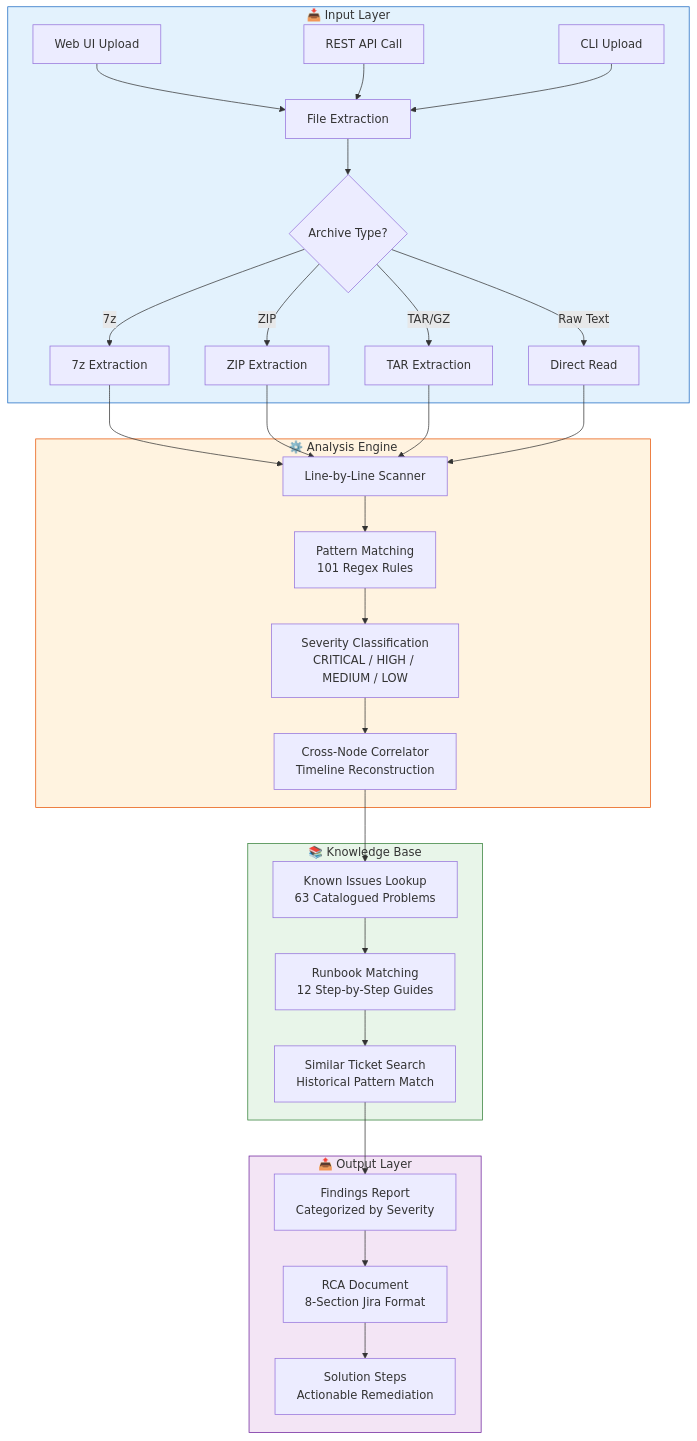
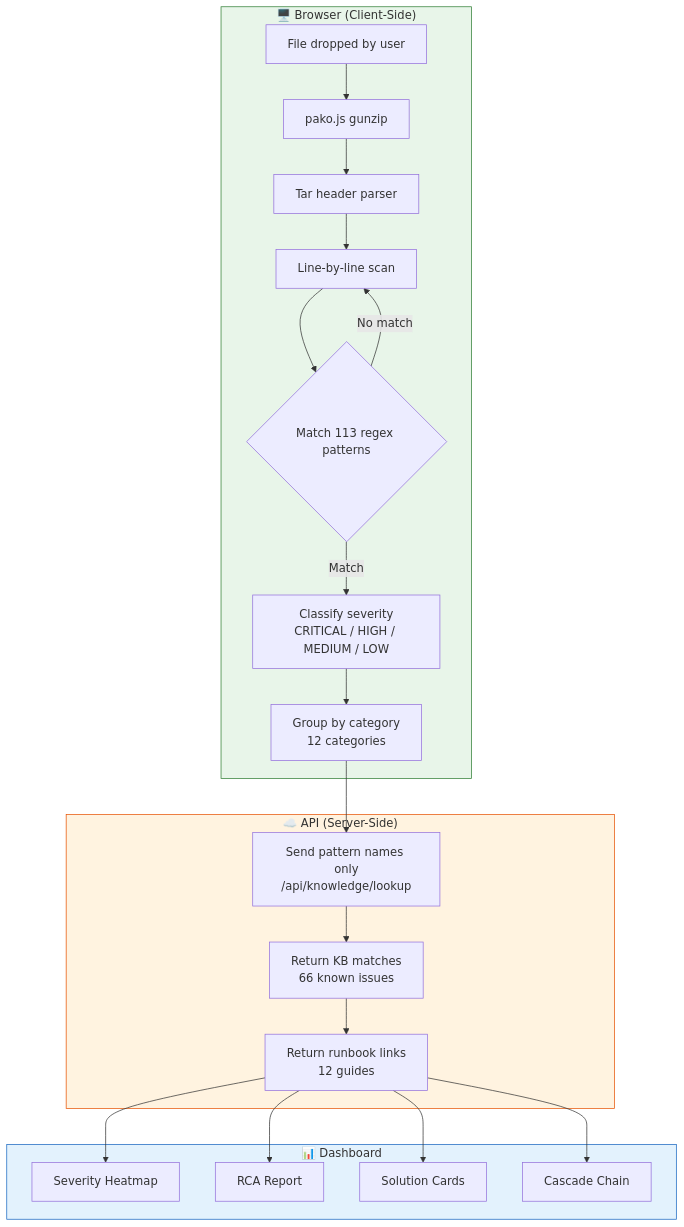
The second of 3 diagrams in README.md (yadakrishna245/Log_analysis), drawn with Mermaid before and after one commit. The commit also changed other lines of this file and 4 other files, not shown here.

Commit message:
Complete documentation rewrite: README with mermaid diagrams, docstrings added to all key source files

````diff
--- a/README.md
+++ b/README.md
@@ -72,37 +95,29 @@
 ```mermaid
 flowchart TD
-    subgraph INPUT["📥 Input Layer"]
-        A1[Web UI Upload] --> B1[File Extraction]
-        A2[REST API Call] --> B1
-        A3[CLI Upload] --> B1
-        B1 --> B2{Archive Type?}
-        B2 -->|7z| C1[7z Extraction]
-        B2 -->|ZIP| C2[ZIP Extraction]
-        B2 -->|TAR/GZ| C3[TAR Extraction]
-        B2 -->|Raw Text| C4[Direct Read]
+    subgraph BROWSER["🖥️ Browser (Client-Side)"]
+        A1[File dropped by user] --> A2[pako.js gunzip]
+        A2 --> A3[Tar header parser]
+        A3 --> A4[Line-by-line scan]
+        A4 --> A5{Match 113 regex patterns}
+        A5 -->|Match| A6[Classify severity<br/>CRITICAL / HIGH / MEDIUM / LOW]
+        A5 -->|No match| A4
+        A6 --> A7[Group by category<br/>12 categories]
     end
 
-    subgraph ENGINE["⚙️ Analysis Engine"]
-        C1 & C2 & C3 & C4 --> D1[Line-by-Line Scanner]
-        D1 --> D2[Pattern Matching<br/>101 Regex Rules]
-        D2 --> D3[Severity Classification<br/>CRITICAL / HIGH / MEDIUM / LOW]
-        D3 --> D4[Cross-Node Correlator<br/>Timeline Reconstruction]
+    subgraph API["☁️ API (Server-Side)"]
+        A7 --> B1[Send pattern names only<br/>/api/knowledge/lookup]
+        B1 --> B2[Return KB matches<br/>66 known issues]
+        B2 --> B3[Return runbook links<br/>12 guides]
     end
 
-    subgraph KNOWLEDGE["📚 Knowledge Base"]
-        D4 --> E1[Known Issues Lookup<br/>63 Catalogued Problems]
-        E1 --> E2[Runbook Matching<br/>12 Step-by-Step Guides]
-        E2 --> E3[Similar Ticket Search<br/>Historical Pattern Match]
+    subgraph DISPLAY["📊 Dashboard"]
+        B3 --> C1[Severity Heatmap]
+        B3 --> C2[RCA Report]
+        B3 --> C3[Solution Cards]
+        B3 --> C4[Cascade Chain]
     end
 
-    subgraph OUTPUT["📤 Output Layer"]
-        E3 --> F1[Findings Report<br/>Categorized by Severity]
-        F1 --> F2[RCA Document<br/>8-Section Jira Format]
-        F2 --> F3[Solution Steps<br/>Actionable Remediation]
-    end
-
-    style INPUT fill:#e3f2fd,stroke:#1565c0
-    style ENGINE fill:#fff3e0,stroke:#e65100
-    style KNOWLEDGE fill:#e8f5e9,stroke:#2e7d32
-    style OUTPUT fill:#f3e5f5,stroke:#6a1b9a
+    style BROWSER fill:#e8f5e9,stroke:#2e7d32
+    style API fill:#fff3e0,stroke:#e65100
+    style DISPLAY fill:#e3f2fd,stroke:#1565c0
 ```
````
